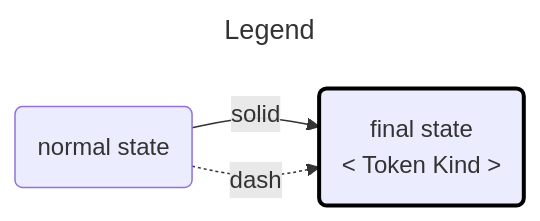
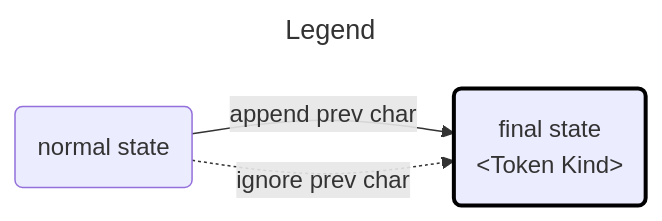
The second of 2 diagrams in README.md (8ttyan/home-made-shell), drawn with Mermaid before and after one commit. The commit also changed other lines of this file, not shown here.

Commit message:
[fix] Mermaidのエスケープ方法など変更

````diff
--- a/README.md
+++ b/README.md
@@ -94,11 +94,11 @@
 ```mermaid
 ---
 title: Legend
 ---
 flowchart LR
 classDef final stroke-width:2pt, stroke:black;
 	id1(normal state)
-	id2(final state\n< Token Kind >):::final
-	id1 -- solid --> id2
-	id1 -. dash  .-> id2
+	id2(final state<BR>#lt;Token Kind#gt;):::final
+	id1 -- append prev char --> id2
+	id1 -. ignore prev char  .-> id2
 ```
````
